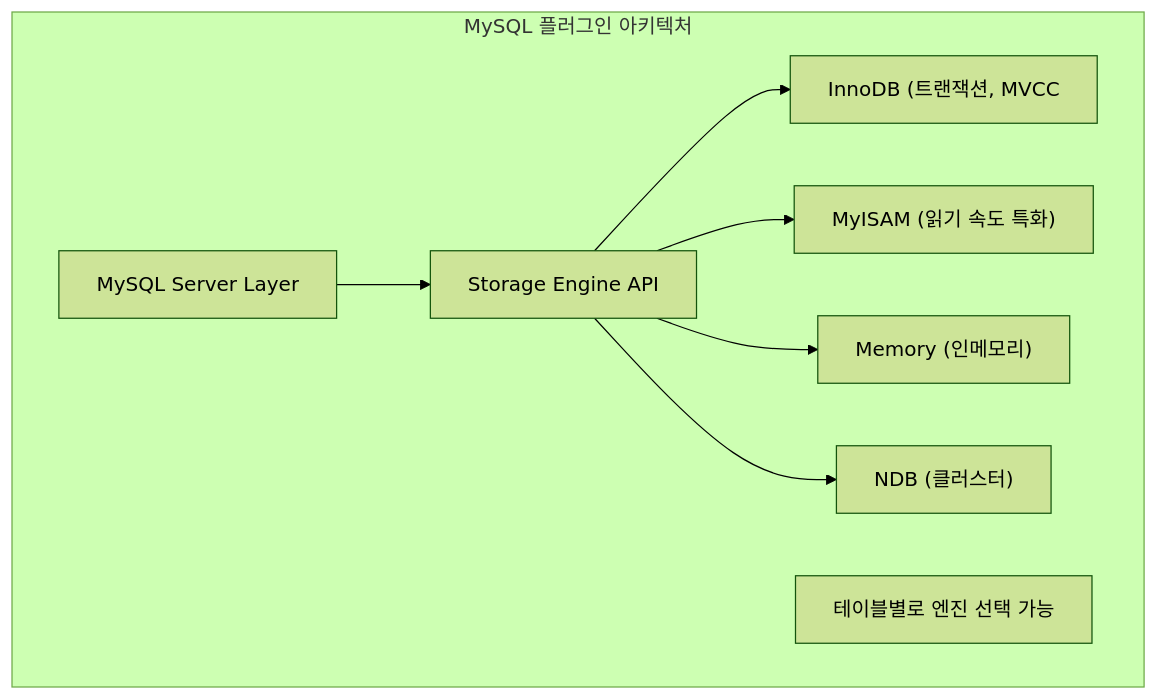
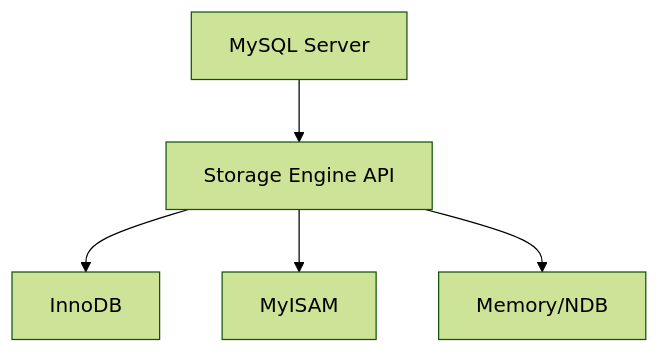
Diagram 14 of 15 in _posts/db/2026-05-01-db-comparison.md (yjkim2015/yjkim2015.github.io), drawn with Mermaid (forest theme) before and after one commit. The commit also changed other lines of this file and 155 other files, not shown here.

First line of the commit message:
Mermaid 전면 수정: subgraph 제거, participant/노드/줄수 축소 (342블록)

````diff
--- a/_posts/db/2026-05-01-db-comparison.md
+++ b/_posts/db/2026-05-01-db-comparison.md
@@ -507,13 +493,7 @@
 ```mermaid
 graph TD
-    subgraph "MySQL 플러그인 아키텍처"
-        SL["MySQL Server Layer"]
-        API["Storage Engine API"]
-        SL --> API
-        API --> E1["InnoDB (트랜잭션, MVCC"]
-        API --> E2["MyISAM (읽기 속도 특화)"]
-        API --> E3["Memory (인메모리)"]
-        API --> E4["NDB (클러스터)"]
-        note["테이블별로 엔진 선택 가능"]
-    end
+    SL["MySQL Server"] --> API["Storage Engine API"]
+    API --> E1["InnoDB"]
+    API --> E2["MyISAM"]
+    API --> E3["Memory/NDB"]
 ```
````
